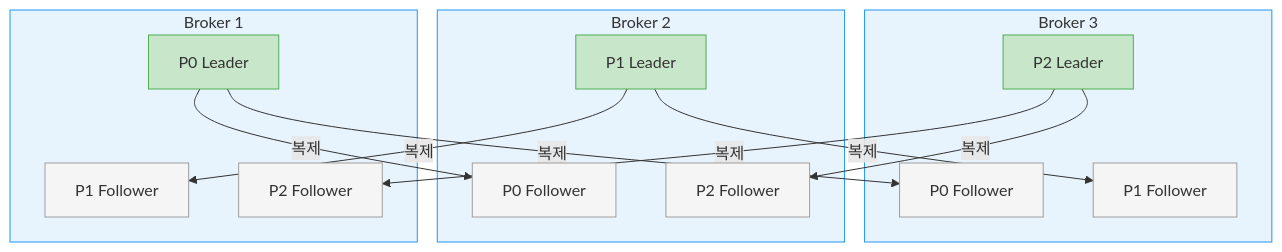
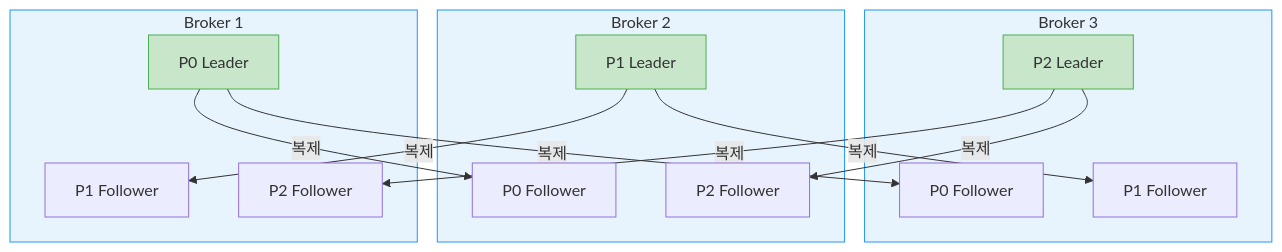
Before and after one commit to scofe97/StduyWrite: the second of 3 diagrams in write/05_messaging/04-01.메시지 큐 아키텍처.md, drawn with Mermaid. The commit also changed other lines of this file and 538 other files, not shown here.

````diff
--- a/write/05_messaging/04-01.메시지 큐 아키텍처.md
+++ b/write/05_messaging/04-01.메시지 큐 아키텍처.md
@@ -133,40 +151,34 @@
 ```mermaid
 graph TB
     subgraph B3["Broker 3"]
         P0F2["P0 Follower"]
         P1F["P1 Follower"]
         P2L["P2 Leader"]
     end
 
     subgraph B2["Broker 2"]
         P0F1["P0 Follower"]
         P1L["P1 Leader"]
         P2F["P2 Follower"]
     end
 
     subgraph B1["Broker 1"]
         P0L["P0 Leader"]
         P1F2["P1 Follower"]
         P2F2["P2 Follower"]
     end
 
     P0L -->|"복제"| P0F1
     P0L -->|"복제"| P0F2
     P1L -->|"복제"| P1F
     P1L -->|"복제"| P1F2
     P2L -->|"복제"| P2F
     P2L -->|"복제"| P2F2
 
     style B1 fill:#e8f4fd,stroke:#2196F3,color:#333
     style B2 fill:#e8f4fd,stroke:#2196F3,color:#333
     style B3 fill:#e8f4fd,stroke:#2196F3,color:#333
     style P0L fill:#c8e6c9,stroke:#4CAF50,color:#333
     style P1L fill:#c8e6c9,stroke:#4CAF50,color:#333
     style P2L fill:#c8e6c9,stroke:#4CAF50,color:#333
-    style P0F1 fill:#f5f5f5,stroke:#9E9E9E,color:#333
-    style P0F2 fill:#f5f5f5,stroke:#9E9E9E,color:#333
-    style P1F fill:#f5f5f5,stroke:#9E9E9E,color:#333
-    style P1F2 fill:#f5f5f5,stroke:#9E9E9E,color:#333
-    style P2F fill:#f5f5f5,stroke:#9E9E9E,color:#333
-    style P2F2 fill:#f5f5f5,stroke:#9E9E9E,color:#333
 ```
````
